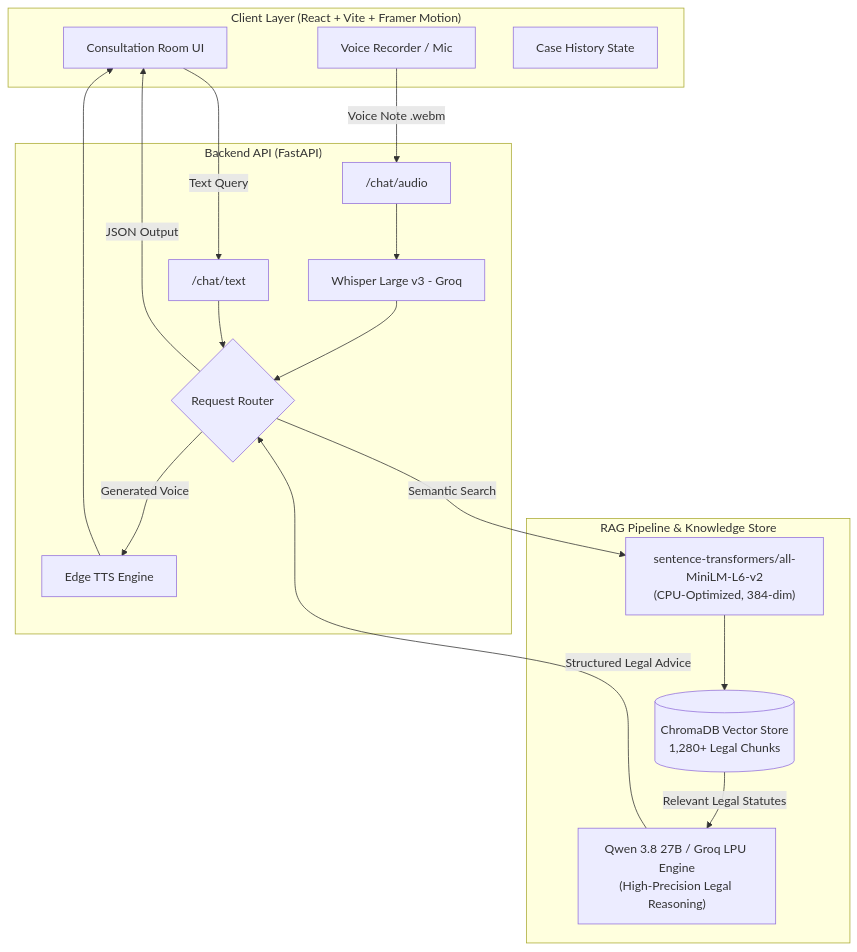
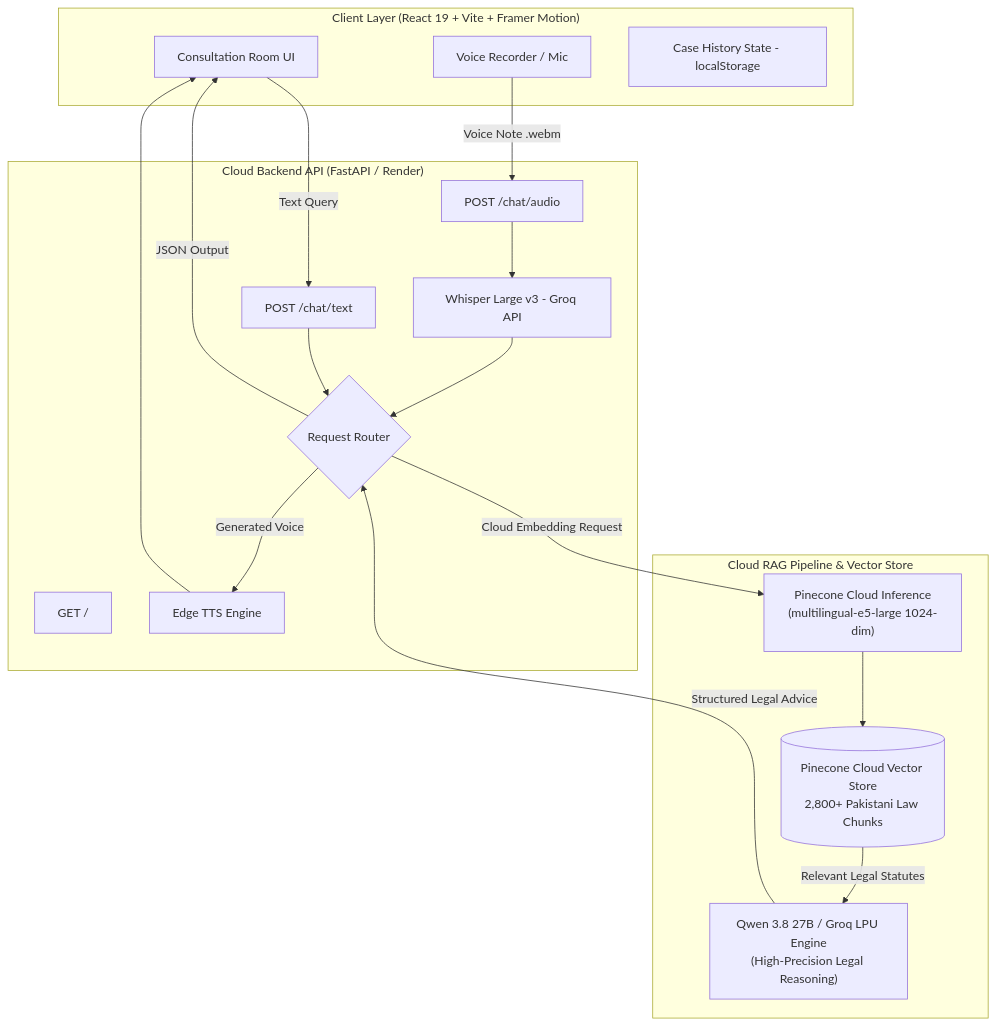
One commit to osamanoor17/haqooq changed the diagram in README.md. Above: the diagram before and after it, drawn with Mermaid. The commit also changed other lines of this file, not shown here.

Commit message:
docs: update README to document migration to Pinecone cloud vector store and Render deployment

````diff
--- a/README.md
+++ b/README.md
@@ -41,34 +41,35 @@
 ```mermaid
 flowchart TD
-    subgraph Client ["Client Layer (React + Vite + Framer Motion)"]
+    subgraph Client ["Client Layer (React 19 + Vite + Framer Motion)"]
         UI[Consultation Room UI]
         Audio[Voice Recorder / Mic]
-        Sessions[Case History State]
+        Sessions[Case History State - localStorage]
     end
 
-    subgraph Backend ["Backend API (FastAPI)"]
+    subgraph Backend ["Cloud Backend API (FastAPI / Render)"]
         Router{Request Router}
-        TextEndpoint["/chat/text"]
-        AudioEndpoint["/chat/audio"]
-        WhisperEngine[Whisper Large v3 - Groq]
+        TextEndpoint["POST /chat/text"]
+        AudioEndpoint["POST /chat/audio"]
+        HealthEndpoint["GET /"]
+        WhisperEngine[Whisper Large v3 - Groq API]
         TTSEngine[Edge TTS Engine]
     end
 
-    subgraph Intelligence ["RAG Pipeline & Knowledge Store"]
-        VecDB[(ChromaDB Vector Store\n1,280+ Legal Chunks)]
-        Embedder["sentence-transformers/all-MiniLM-L6-v2\n(CPU-Optimized, 384-dim)"]
+    subgraph Intelligence ["Cloud RAG Pipeline & Vector Store"]
+        VecDB[(Pinecone Cloud Vector Store\n2,800+ Pakistani Law Chunks)]
+        Embedder["Pinecone Cloud Inference\n(multilingual-e5-large 1024-dim)"]
         LLM["Qwen 3.8 27B / Groq LPU Engine\n(High-Precision Legal Reasoning)"]
     end
 
     UI -->|Text Query| TextEndpoint
     Audio -->|Voice Note .webm| AudioEndpoint
     AudioEndpoint --> WhisperEngine --> Router
     TextEndpoint --> Router
 
-    Router -->|Semantic Search| Embedder --> VecDB
+    Router -->|Cloud Embedding Request| Embedder --> VecDB
     VecDB -->|Relevant Legal Statutes| LLM
     LLM -->|Structured Legal Advice| Router
 
     Router -->|JSON Output| UI
     Router -->|Generated Voice| TTSEngine --> UI
 ```
````
